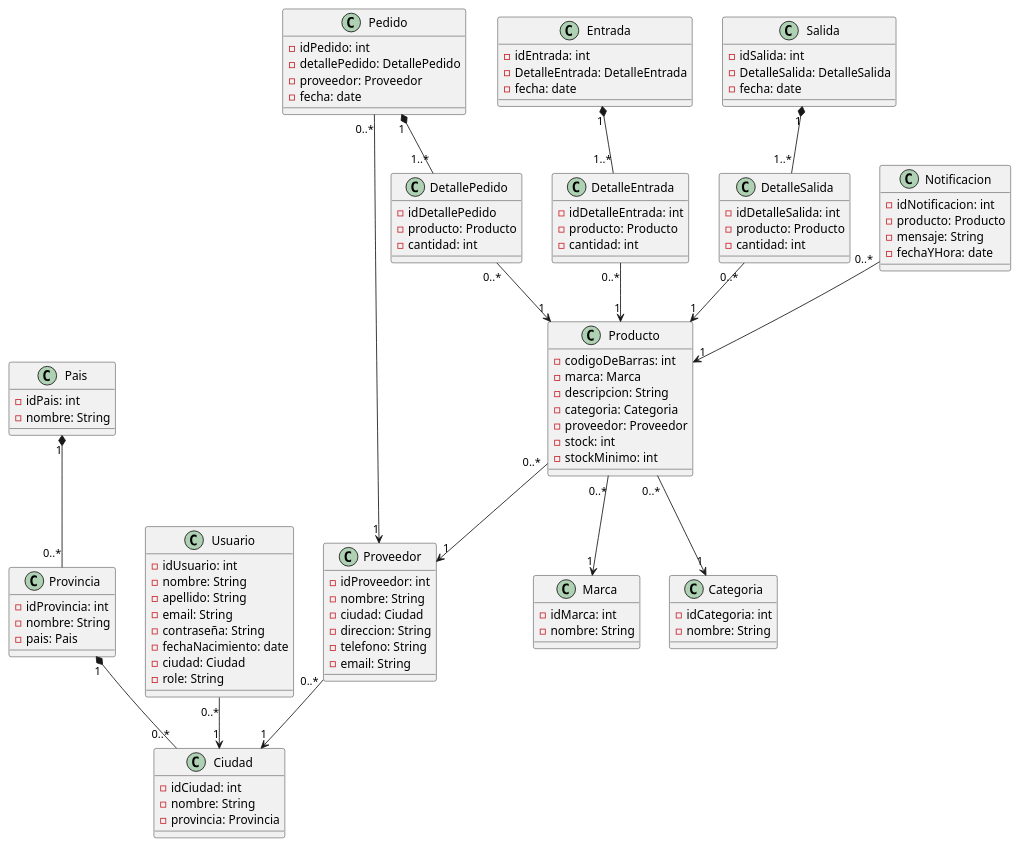
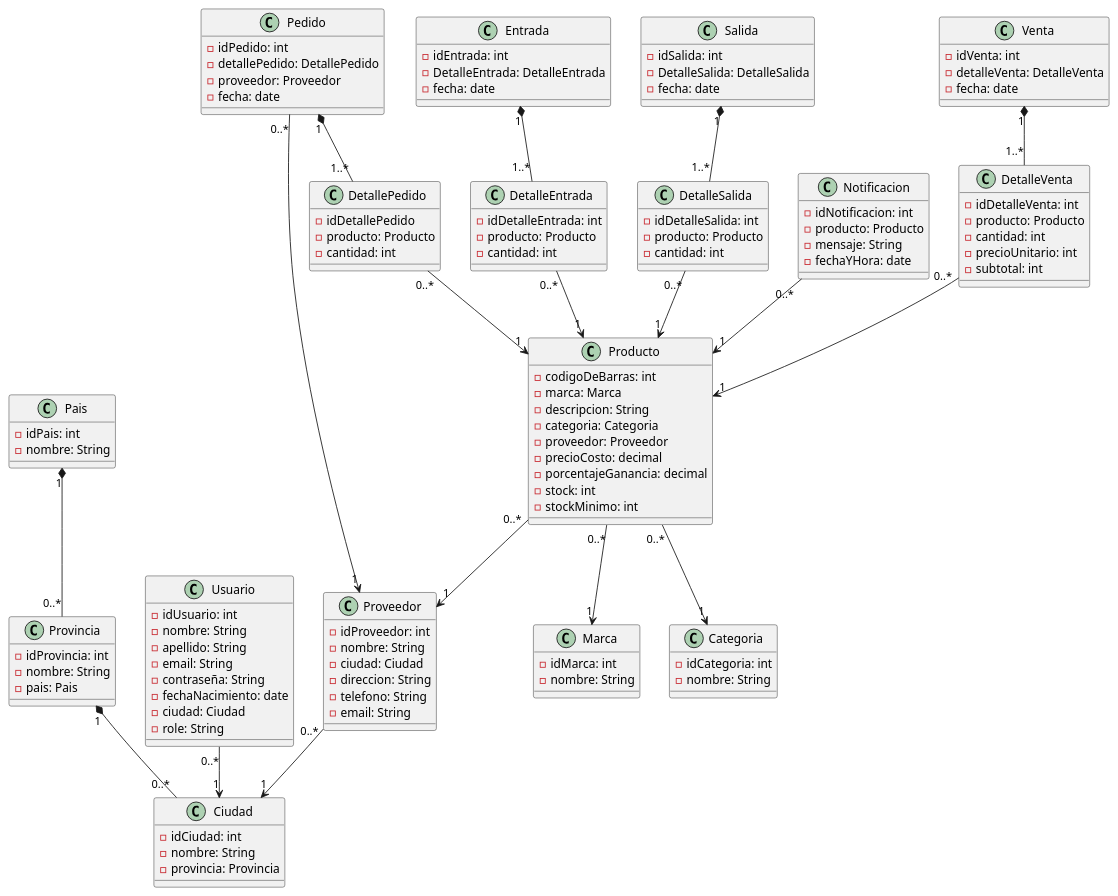
One commit to MartinCostamagna/ControlDeStock changed the diagram in Diagramas/Diagrama de clases.puml. Above: the diagram before and after it, drawn with PlantUML. The commit also changed 24 other files, not shown here.

```diff
--- a/Diagramas/Diagrama de clases.puml
+++ b/Diagramas/Diagrama de clases.puml
@@ -1,120 +1,138 @@
 @startuml Diagrama de Clases
 
 class Producto{
     -codigoDeBarras: int
     -marca: Marca
     -descripcion: String
     -categoria: Categoria
     -proveedor: Proveedor
+    -precioCosto: decimal
+    -porcentajeGanancia: decimal
     -stock: int
     -stockMinimo: int
 }
 
 class Marca{
     -idMarca: int
     -nombre: String
 }
 
 class Categoria{
     -idCategoria: int
     -nombre: String
 }
 
 class Proveedor{
     -idProveedor: int
     -nombre: String
     -ciudad: Ciudad
     -direccion: String
     -telefono: String
     -email: String
 }
 
 class Ciudad{
     -idCiudad: int
     -nombre: String
     -provincia: Provincia
 }
 
 class Provincia{
     -idProvincia: int
     -nombre: String
     -pais: Pais
 }
 
 class Pais{
     -idPais: int
     -nombre: String
 }
 
 class Pedido{
     -idPedido: int
     -detallePedido: DetallePedido
     -proveedor: Proveedor
     -fecha: date
 }
 
 class DetallePedido{
     -idDetallePedido
     -producto: Producto
     -cantidad: int
 }
 
 class Entrada {
     -idEntrada: int
     -DetalleEntrada: DetalleEntrada
     -fecha: date
 }
 
 class DetalleEntrada{
     -idDetalleEntrada: int
     -producto: Producto
     -cantidad: int
 }
 
 class Salida{
     -idSalida: int
     -DetalleSalida: DetalleSalida 
     -fecha: date
 }
 
 class DetalleSalida{
     -idDetalleSalida: int
     -producto: Producto
     -cantidad: int
 }
 
 class Notificacion{
     -idNotificacion: int
     -producto: Producto
     -mensaje: String
     -fechaYHora: date
 }
 
 class Usuario{
     -idUsuario: int
     -nombre: String
     -apellido: String
     -email: String
     -contraseña: String
     -fechaNacimiento: date
     -ciudad: Ciudad
     -role: String
 }
 
+class Venta {
+    -idVenta: int
+    -detalleVenta: DetalleVenta
+    -fecha: date
+}
+
+class DetalleVenta{
+    -idDetalleVenta: int
+    -producto: Producto
+    -cantidad: int
+    -precioUnitario: int
+    -subtotal: int
+}
+
 Producto "0..*" --> "1" Marca
 Producto "0..*" --> "1" Categoria
 Producto "0..*" --> "1" Proveedor
 Proveedor "0..*" --> "1" Ciudad
 Pais "1" *-- "0..*" Provincia
 Provincia "1" *-- "0..*" Ciudad
 Pedido "1" *-- "1..*" DetallePedido
 Pedido "0..*" --> "1" Proveedor
 DetallePedido "0..*" --> "1" Producto
 Entrada "1" *-- "1..*" DetalleEntrada
 DetalleEntrada "0..*" --> "1" Producto
 Salida "1" *-- "1..*" DetalleSalida
 DetalleSalida "0..*" --> "1" Producto
 Notificacion "0..*" --> "1" Producto
 Usuario "0..*" --> "1" Ciudad
+Venta "1" *-- "1..*" DetalleVenta
+DetalleVenta "0..*" --> "1" Producto
 
 @enduml
```
